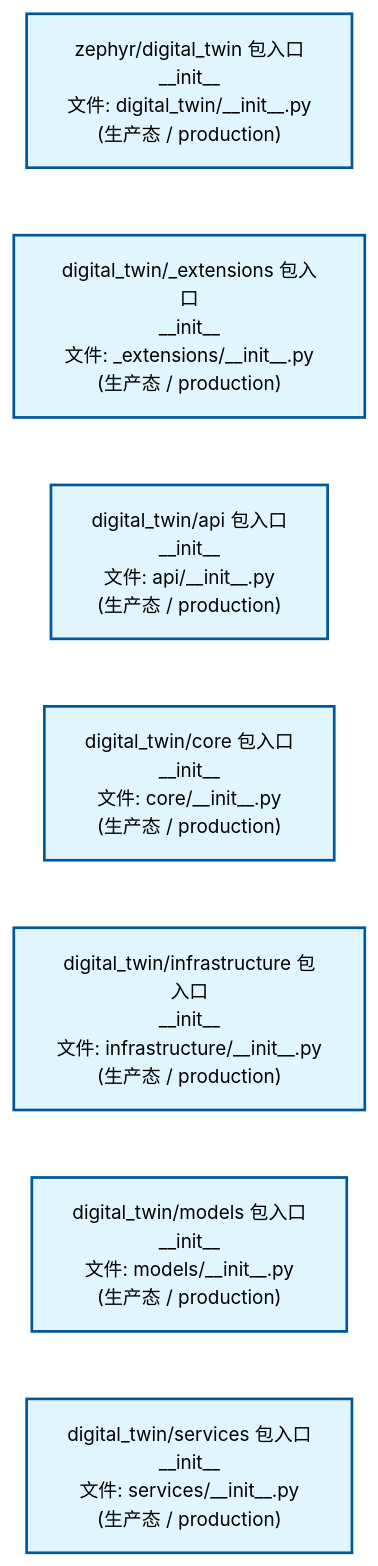
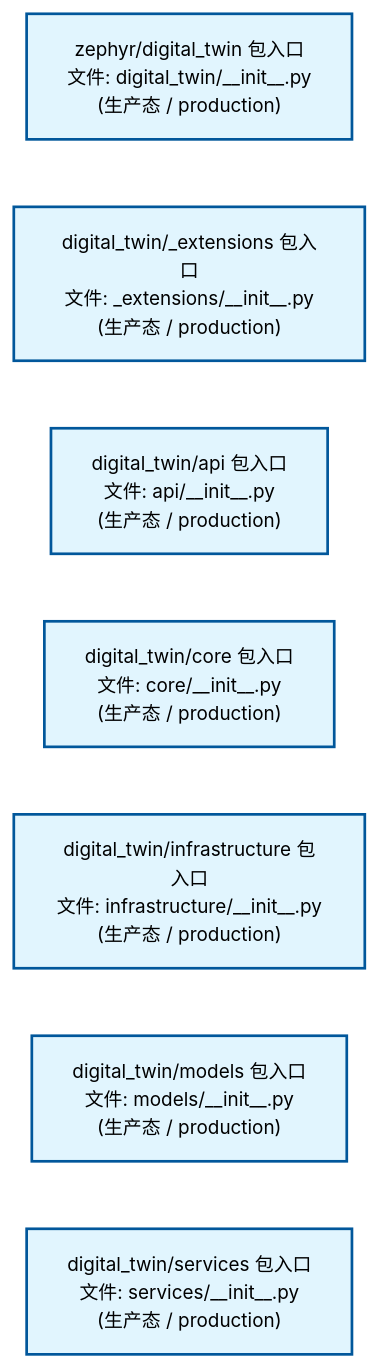
One commit to xuanFelixVan/ZephyrAlpha changed the first of 2 diagrams in docs/02_enterprise_architecture/02_domain_architecture_docs/42_d_digital_twin.md. Above: the diagram before and after it, drawn with Mermaid. The commit also changed other lines of this file and 58 other files, not shown here.

````diff
--- a/docs/02_enterprise_architecture/02_domain_architecture_docs/42_d_digital_twin.md
+++ b/docs/02_enterprise_architecture/02_domain_architecture_docs/42_d_digital_twin.md
@@ -53,22 +53,22 @@
 ```mermaid
 %%{init: {'theme': 'base', 'themeVariables': {'primaryColor': '#eaeaea', 'primaryTextColor': '#333333', 'primaryBorderColor': '#666666', 'lineColor': '#666666', 'secondaryColor': '#eaeaea', 'tertiaryColor': '#eaeaea', 'fontSize': '14px'}}}%%
 flowchart TD
-    src_zephyr_digital_twin_init_py["zephyr/digital_twin 包入口<br/>__init__<br/>文件: digital_twin/__init__.py<br/>(生产态 / production)"]
-    src_zephyr_digital_twin_extensions_init_py["digital_twin/_extensions 包入口<br/>__init__<br/>文件: _extensions/__init__.py<br/>(生产态 / production)"]
-    src_zephyr_digital_twin_api_init_py["digital_twin/api 包入口<br/>__init__<br/>文件: api/__init__.py<br/>(生产态 / production)"]
-    src_zephyr_digital_twin_core_init_py["digital_twin/core 包入口<br/>__init__<br/>文件: core/__init__.py<br/>(生产态 / production)"]
-    src_zephyr_digital_twin_infrastructure_init_py["digital_twin/infrastructure 包入口<br/>__init__<br/>文件: infrastructure/__init__.py<br/>(生产态 / production)"]
-    src_zephyr_digital_twin_models_init_py["digital_twin/models 包入口<br/>__init__<br/>文件: models/__init__.py<br/>(生产态 / production)"]
-    src_zephyr_digital_twin_services_init_py["digital_twin/services 包入口<br/>__init__<br/>文件: services/__init__.py<br/>(生产态 / production)"]
+    src_zephyr_digital_twin_init_py["zephyr/digital_twin 包入口<br/>文件: digital_twin/__init__.py<br/>(生产态 / production)"]
+    src_zephyr_digital_twin_extensions_init_py["digital_twin/_extensions 包入口<br/>文件: _extensions/__init__.py<br/>(生产态 / production)"]
+    src_zephyr_digital_twin_api_init_py["digital_twin/api 包入口<br/>文件: api/__init__.py<br/>(生产态 / production)"]
+    src_zephyr_digital_twin_core_init_py["digital_twin/core 包入口<br/>文件: core/__init__.py<br/>(生产态 / production)"]
+    src_zephyr_digital_twin_infrastructure_init_py["digital_twin/infrastructure 包入口<br/>文件: infrastructure/__init__.py<br/>(生产态 / production)"]
+    src_zephyr_digital_twin_models_init_py["digital_twin/models 包入口<br/>文件: models/__init__.py<br/>(生产态 / production)"]
+    src_zephyr_digital_twin_services_init_py["digital_twin/services 包入口<br/>文件: services/__init__.py<br/>(生产态 / production)"]
     src_zephyr_digital_twin_init_py ~~~ src_zephyr_digital_twin_extensions_init_py
     src_zephyr_digital_twin_extensions_init_py ~~~ src_zephyr_digital_twin_api_init_py
     src_zephyr_digital_twin_api_init_py ~~~ src_zephyr_digital_twin_core_init_py
     src_zephyr_digital_twin_core_init_py ~~~ src_zephyr_digital_twin_infrastructure_init_py
     src_zephyr_digital_twin_infrastructure_init_py ~~~ src_zephyr_digital_twin_models_init_py
     src_zephyr_digital_twin_models_init_py ~~~ src_zephyr_digital_twin_services_init_py
     classDef production fill:#e1f5fe,stroke:#01579b,stroke-width:2px,color:#000
     classDef design fill:#fff3e0,stroke:#e65100,stroke-width:2px,color:#000,stroke-dasharray: 5 5
     classDef external_prod fill:#e8f4fd,stroke:#0277bd,stroke-width:1px,color:#000
     classDef external_design fill:#fff8e7,stroke:#ef6c00,stroke-width:1px,color:#000,stroke-dasharray: 5 5
     class src_zephyr_digital_twin_init_py,src_zephyr_digital_twin_extensions_init_py,src_zephyr_digital_twin_api_init_py,src_zephyr_digital_twin_core_init_py,src_zephyr_digital_twin_infrastructure_init_py,src_zephyr_digital_twin_models_init_py,src_zephyr_digital_twin_services_init_py production
 ```
````
